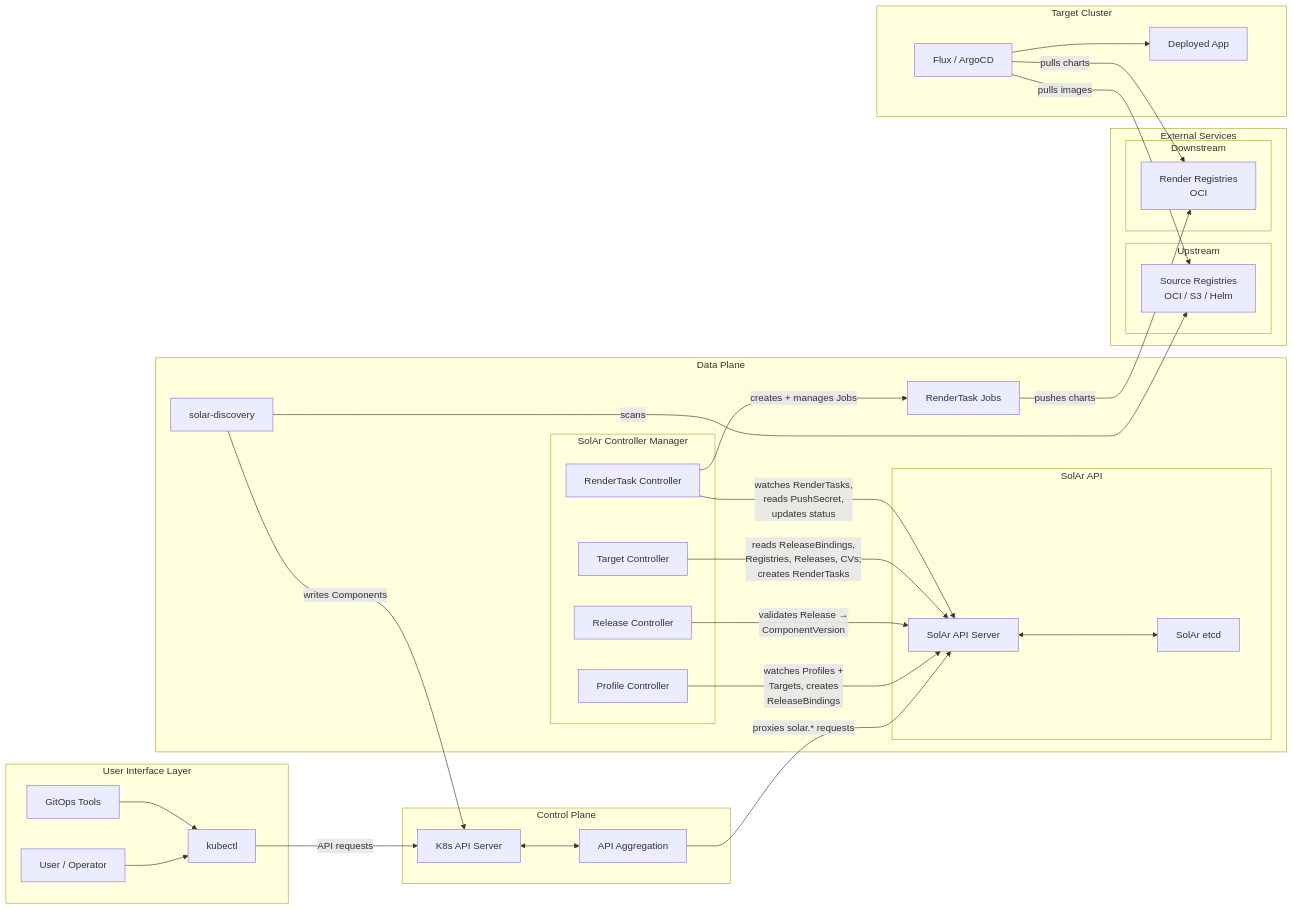
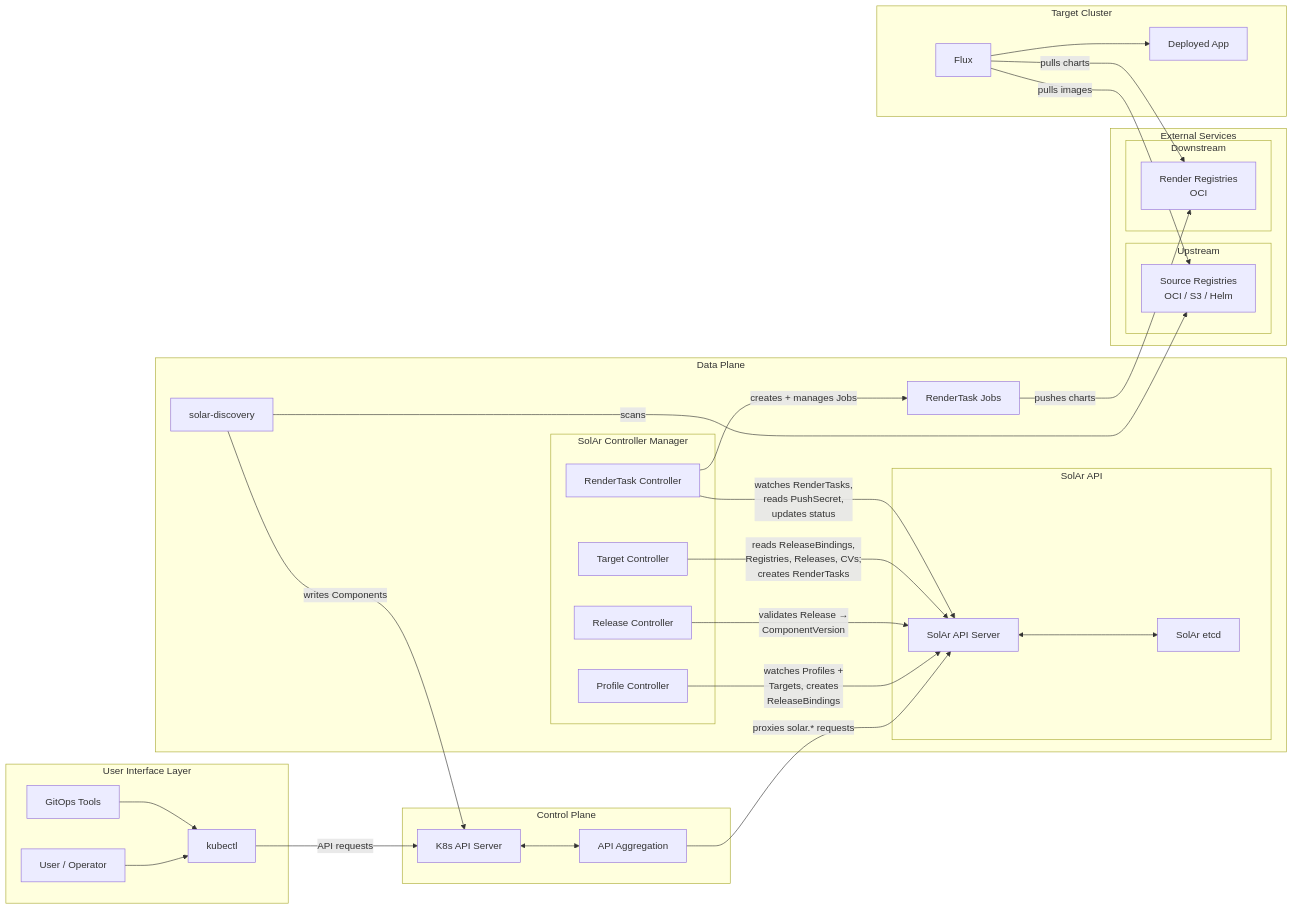
Before and after one commit to opendefensecloud/solution-arsenal: the first of 2 diagrams in docs/developer-guide/architecture.md, drawn with Mermaid.

Commit message:
fix: diagram, Flux only

````diff
--- a/docs/developer-guide/architecture.md
+++ b/docs/developer-guide/architecture.md
@@ -5,63 +5,63 @@
 ```mermaid
 graph LR
     subgraph UI["User Interface Layer"]
         User["User / Operator"]
         Kubectl["kubectl"]
         GitOps["GitOps Tools"]
         User --> Kubectl
         GitOps --> Kubectl
     end
 
     subgraph CP["Control Plane"]
         K8sAPI["K8s API Server"]
         APIAgg["API Aggregation"]
         K8sAPI <--> APIAgg
     end
 
     subgraph DP["Data Plane"]
         subgraph SolArAPI["SolAr API"]
             SOLARAPI["SolAr API Server"]
             SOLARETCD["SolAr etcd"]
             SOLARAPI <--> SOLARETCD
         end
         subgraph Controllers["SolAr Controller Manager"]
             TargetCtrl["Target Controller"]
             ReleaseCtrl["Release Controller"]
             ProfileCtrl["Profile Controller"]
             RenderTaskCtrl["RenderTask Controller"]
         end
         Discovery["solar-discovery"]
         RenderJob["RenderTask Jobs"]
     end
 
     subgraph ES["External Services"]
         subgraph US["Upstream"]
             SrcReg["Source Registries<br/>OCI / S3 / Helm"]
         end
         subgraph DS["Downstream"]
             DstReg["Render Registries<br/>OCI"]
         end
     end
 
     subgraph TC["Target Cluster"]
-        Flux["Flux / ArgoCD"]
+        Flux["Flux"]
         App["Deployed App"]
         Flux --> App
     end
 
     Kubectl -->|"API requests"| K8sAPI
     APIAgg -->|"proxies solar.* requests"| SOLARAPI
 
     ProfileCtrl -->|"watches Profiles +<br/>Targets, creates<br/>ReleaseBindings"| SOLARAPI
     ReleaseCtrl -->|"validates Release →<br/>ComponentVersion"| SOLARAPI
     TargetCtrl -->|"reads ReleaseBindings,<br/>Registries, Releases, CVs;<br/>creates RenderTasks"| SOLARAPI
     RenderTaskCtrl -->|"watches RenderTasks,<br/>reads PushSecret,<br/>updates status"| SOLARAPI
     RenderTaskCtrl -->|"creates + manages Jobs"| RenderJob
 
     Discovery -->|"scans"| SrcReg
     Discovery -->|"writes Components"| K8sAPI
     RenderJob -->|"pushes charts"| DstReg
 
     Flux -->|"pulls charts"| DstReg
     Flux -->|"pulls images"| SrcReg
 ```
````
